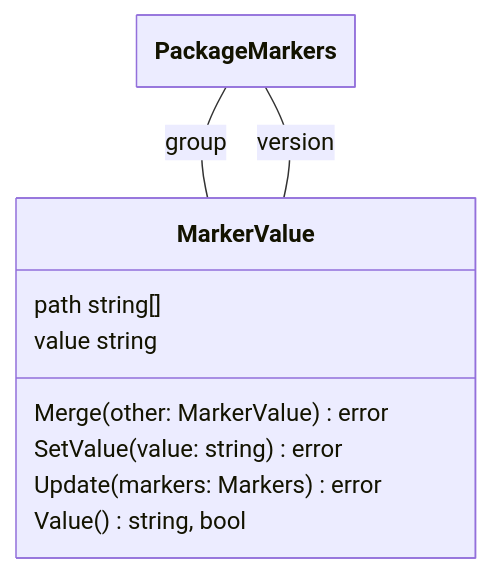
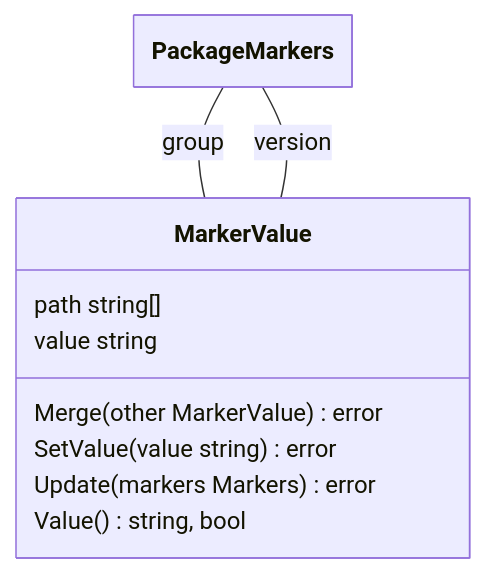
Before and after one commit to theunrepentantgeek/crddoc: the sixth of 17 diagrams in docs/model/model.md, drawn with Mermaid. The commit also changed other lines of this file, not shown here.

````diff
--- a/docs/model/model.md
+++ b/docs/model/model.md
@@ -290,27 +290,27 @@
 ```mermaid
 ---
   config:
     class:
       hideEmptyMembersBox: true
 ---
 classDiagram
 
 class MarkerValue["MarkerValue"]{  
       path string[]  
       value string  
-      Merge(other: MarkerValue)error  
-      SetValue(value: string)error  
-      Update(markers: Markers)error  
+      Merge(other MarkerValue)error  
+      SetValue(value string)error  
+      Update(markers Markers)error  
       Value()string, bool
 
 
 } 
 
 PackageMarkers -- MarkerValue : group 
 PackageMarkers -- MarkerValue : version 
 
 
 class PackageMarkers["PackageMarkers"]
 class PackageMarkers["PackageMarkers"]
 
 ```
````
